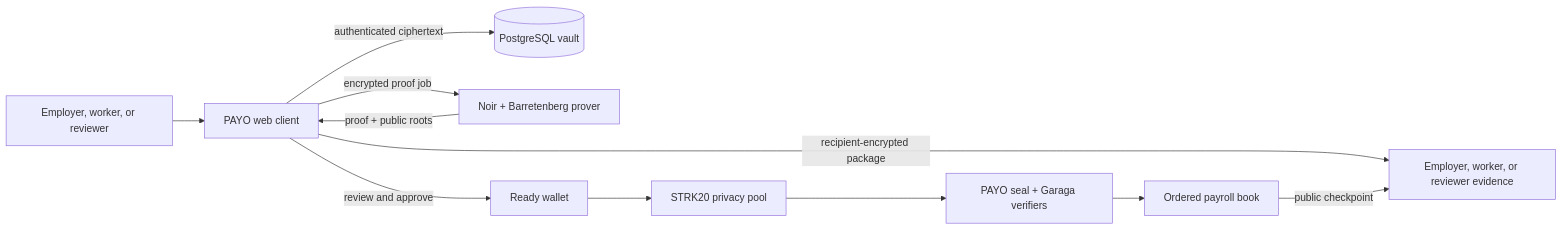
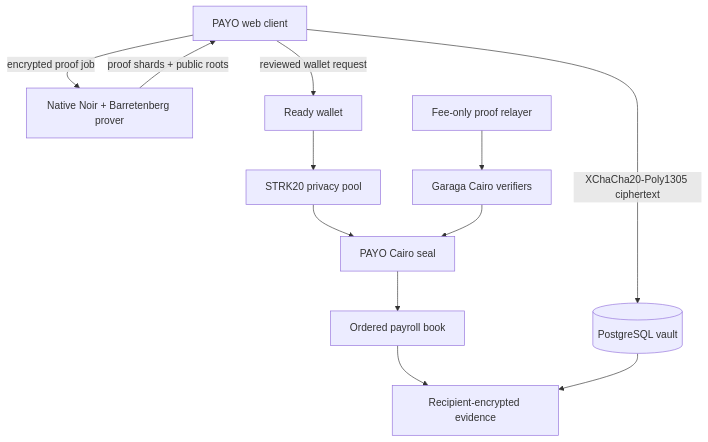
One commit to Tutulii/private-payroll changed the second of 2 diagrams in README.md. Above: the diagram before and after it, drawn with Mermaid. The commit also changed other lines of this file, not shown here.

````diff
--- a/README.md
+++ b/README.md
@@ -55,13 +89,14 @@
 ```mermaid
-flowchart LR
-    User[Employer, worker, or reviewer] --> Client[PAYO web client]
-    Client -->|authenticated ciphertext| Vault[(PostgreSQL vault)]
-    Client -->|encrypted proof job| Prover[Noir + Barretenberg prover]
-    Prover -->|proof + public roots| Client
-    Client -->|review and approve| Ready[Ready wallet]
+flowchart TB
+    Browser[PAYO web client] -->|XChaCha20-Poly1305 ciphertext| Vault[(PostgreSQL vault)]
+    Browser -->|encrypted proof job| Prover[Native Noir + Barretenberg prover]
+    Prover -->|proof shards + public roots| Browser
+    Browser -->|reviewed wallet request| Ready[Ready wallet]
     Ready --> Pool[STRK20 privacy pool]
-    Pool --> Seal[PAYO seal + Garaga verifiers]
+    Pool --> Seal[PAYO Cairo seal]
+    Relayer[Fee-only proof relayer] --> Verifiers[Garaga Cairo verifiers]
+    Verifiers --> Seal
     Seal --> Book[Ordered payroll book]
-    Client -->|recipient-encrypted package| Evidence[Employer, worker, or reviewer evidence]
-    Book -->|public checkpoint| Evidence
+    Book --> Disclosure[Recipient-encrypted evidence]
+    Vault --> Disclosure
 ```
````
